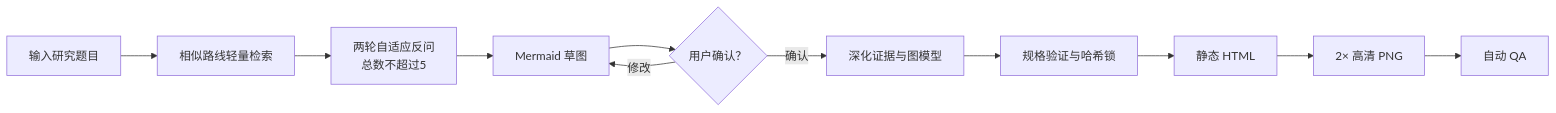
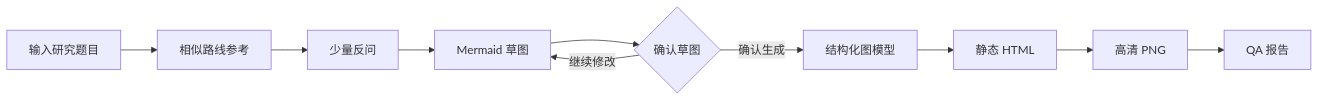
The diagram in README.md (yz20211314/research-route-map), drawn with Mermaid before and after one commit. The commit also changed other lines of this file and 3 other files, not shown here.

````diff
--- a/README.md
+++ b/README.md
@@ -19,13 +30,12 @@
 ```mermaid
 flowchart LR
-  T["输入研究题目"] --> R["相似路线轻量检索"]
-  R --> Q["两轮自适应反问<br/>总数不超过5"]
+  T["输入研究题目"] --> R["相似路线参考"]
+  R --> Q["少量反问"]
   Q --> D["Mermaid 草图"]
-  D --> C{"用户确认？"}
-  C -->|修改| D
-  C -->|确认| E["深化证据与图模型"]
-  E --> V["规格验证与哈希锁"]
-  V --> H["静态 HTML"]
-  H --> P["2× 高清 PNG"]
-  P --> A["自动 QA"]
+  D --> C{"确认草图"}
+  C -->|继续修改| D
+  C -->|确认生成| G["结构化图模型"]
+  G --> H["静态 HTML"]
+  H --> P["高清 PNG"]
+  P --> A["QA 报告"]
 ```
````
